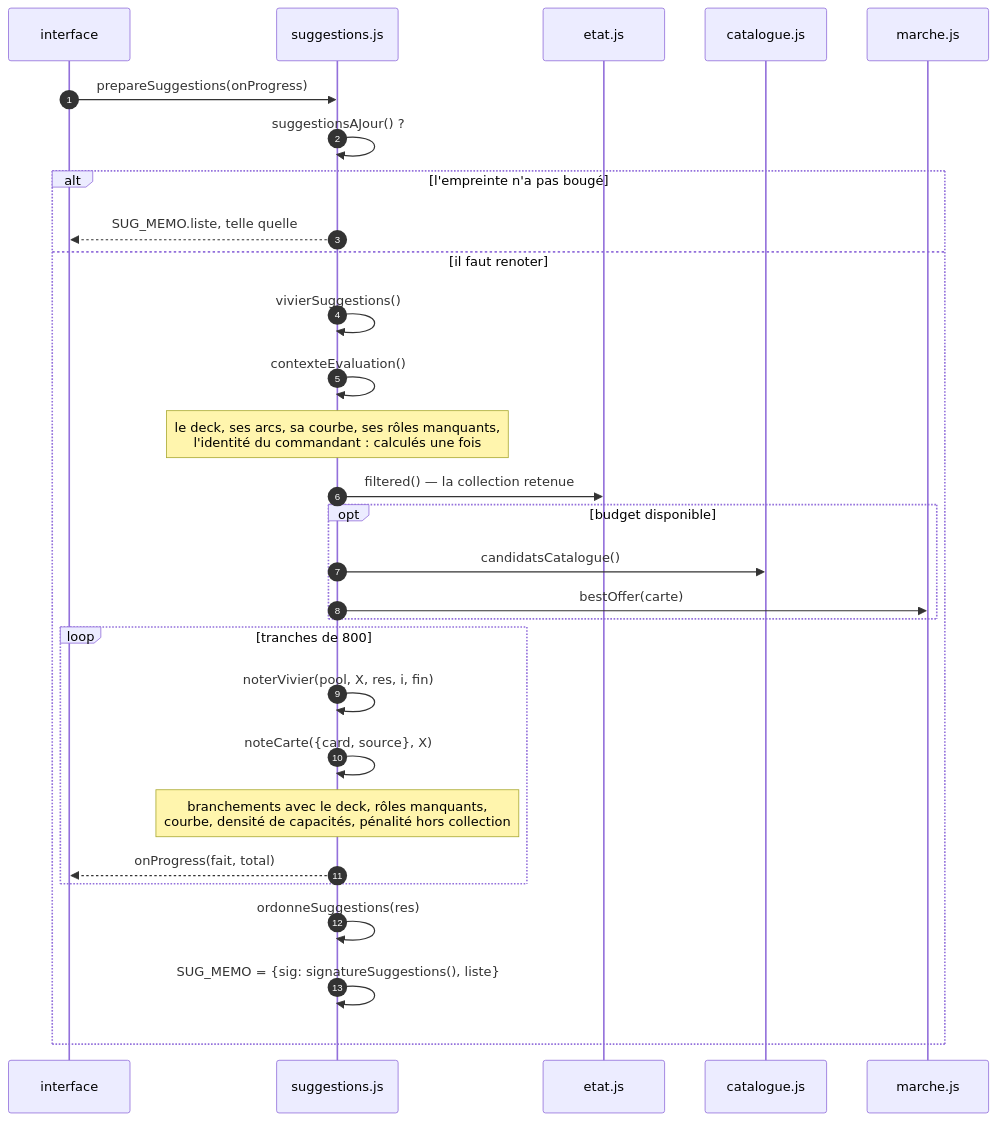
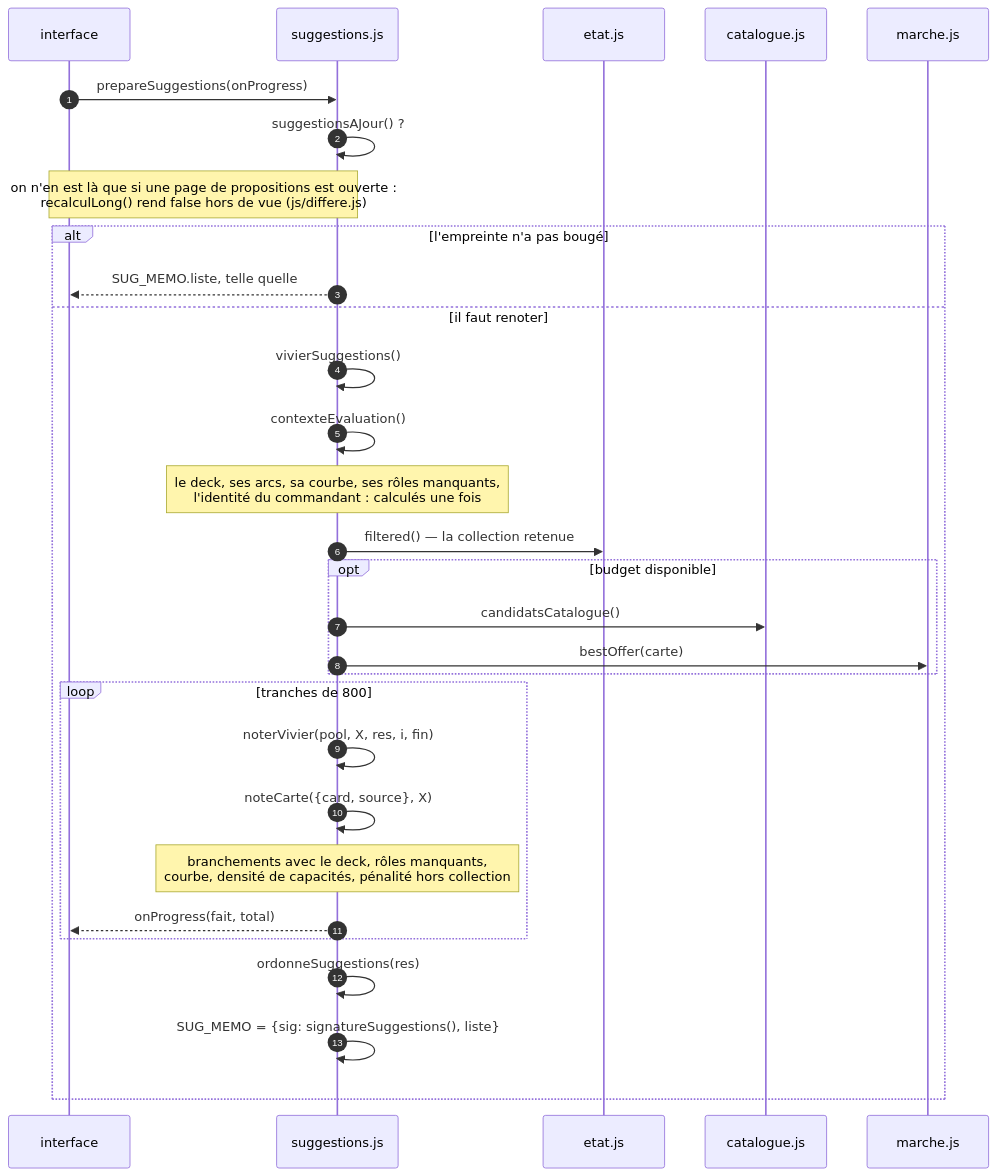
Before and after one commit to HJoudrier/MtgDeckBuilder_v3: the sixth of 18 diagrams in PARCOURS.md, drawn with Mermaid. The commit also changed other lines of this file and 9 other files, not shown here.

````diff
--- a/PARCOURS.md
+++ b/PARCOURS.md
@@ -312,32 +319,33 @@
 ```mermaid
 sequenceDiagram
     autonumber
     participant UI as interface
     participant SUG as suggestions.js
     participant ETAT as etat.js
     participant EXT as catalogue.js
     participant MARCHE as marche.js
 
     UI->>SUG: prepareSuggestions(onProgress)
     SUG->>SUG: suggestionsAJour() ?
+    Note over UI,SUG: on n'en est là que si une page de propositions est ouverte :<br/>recalculLong() rend false hors de vue (js/differe.js)
     alt l'empreinte n'a pas bougé
         SUG-->>UI: SUG_MEMO.liste, telle quelle
     else il faut renoter
         SUG->>SUG: vivierSuggestions()
         SUG->>SUG: contexteEvaluation()
         Note over SUG: le deck, ses arcs, sa courbe, ses rôles manquants,<br/>l'identité du commandant : calculés une fois
         SUG->>ETAT: filtered() — la collection retenue
         opt budget disponible
             SUG->>EXT: candidatsCatalogue()
             SUG->>MARCHE: bestOffer(carte)
         end
         loop tranches de 800
             SUG->>SUG: noterVivier(pool, X, res, i, fin)
             SUG->>SUG: noteCarte({card, source}, X)
             Note over SUG: branchements avec le deck, rôles manquants,<br/>courbe, densité de capacités, pénalité hors collection
             SUG-->>UI: onProgress(fait, total)
         end
         SUG->>SUG: ordonneSuggestions(res)
         SUG->>SUG: SUG_MEMO = {sig: signatureSuggestions(), liste}
     end
 ```
````
